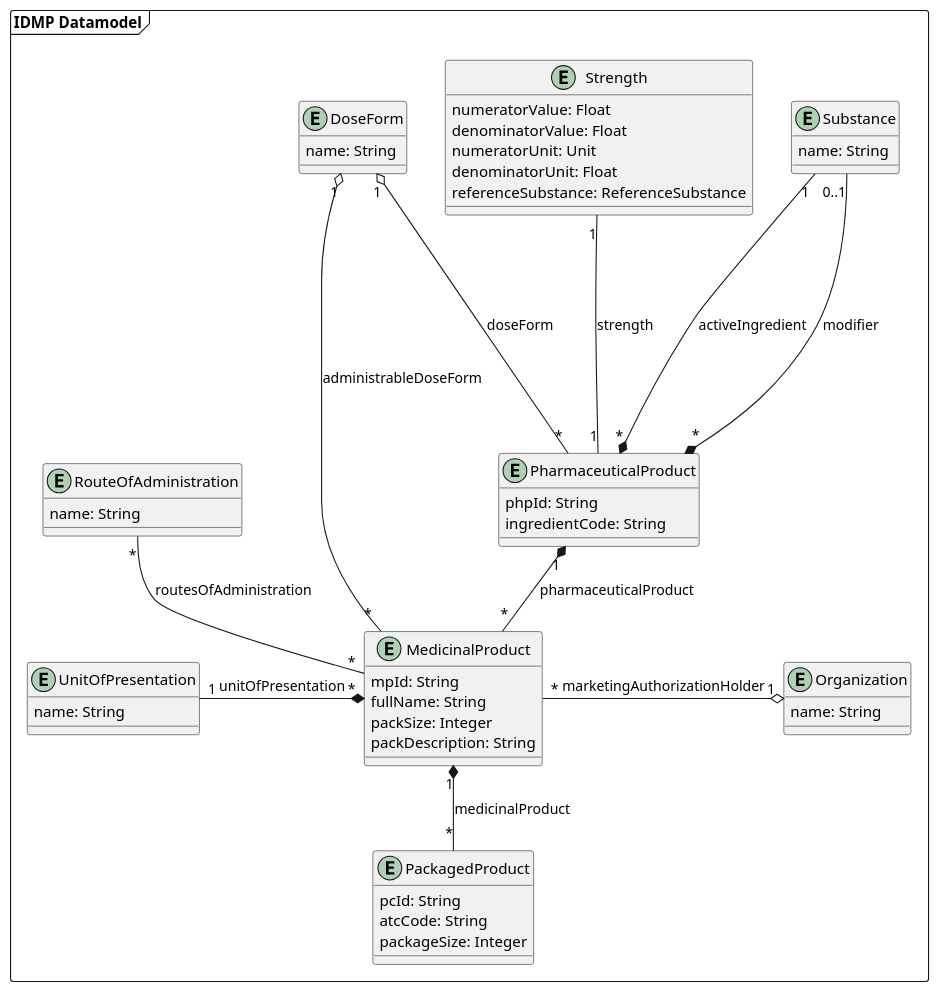
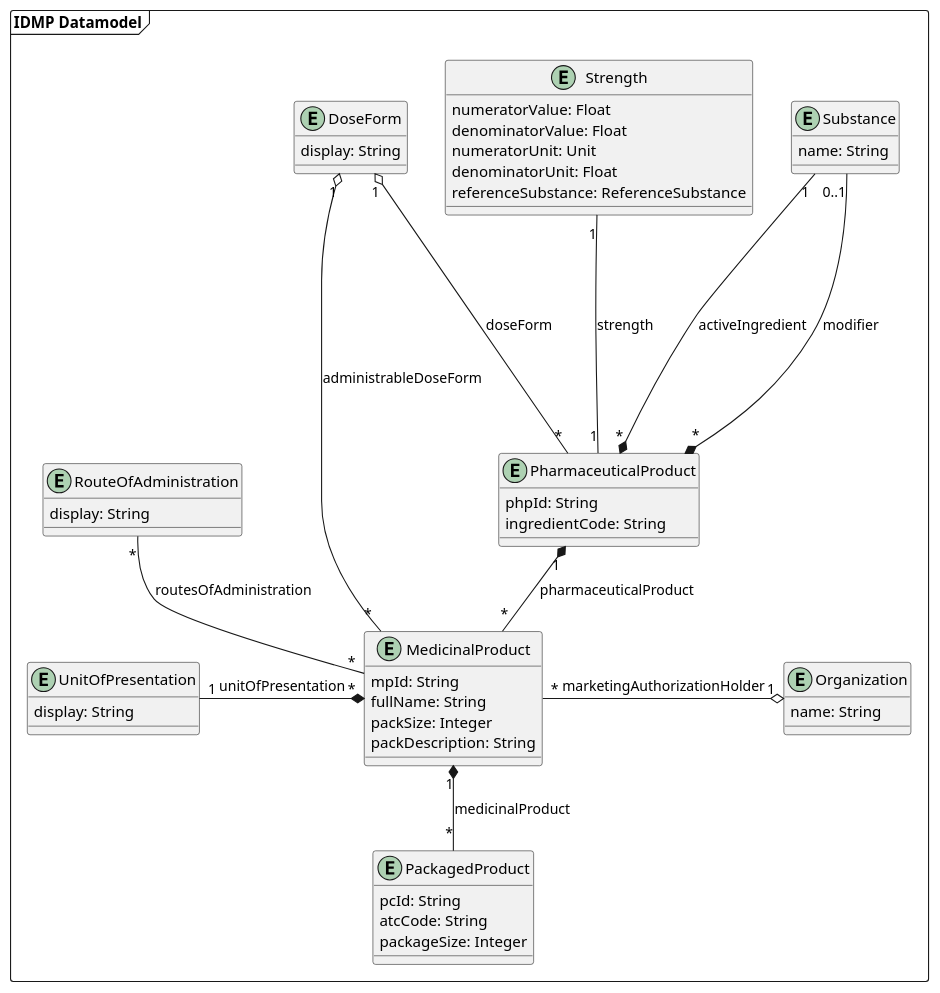
Before and after one commit to unicom-project-eu/wp6-db-api: the diagram in uml/class/datamodel.puml, drawn with PlantUML. The commit also changed 9 other files, not shown here.

Commit message:
Changed name into display

```diff
--- a/uml/class/datamodel.puml
+++ b/uml/class/datamodel.puml
@@ -1,69 +1,69 @@
 @startuml
 'https://plantuml.com/class-diagram
 
 package "IDMP Datamodel" as idmpDatamodel <<frame>> {
     entity RouteOfAdministration {
-        name: String
+        display: String
     }
 
     entity UnitOfPresentation {
-        name: String
+        display: String
     }
 
     together {
         entity DoseForm {
-            name: String
+            display: String
         }
 
         entity Strength {
             numeratorValue: Float
             denominatorValue: Float
             numeratorUnit: Unit
             denominatorUnit: Float
             referenceSubstance: ReferenceSubstance
         }
 
         entity Substance {
             name: String
         }
     }
 
     entity PharmaceuticalProduct {
         phpId: String
         ingredientCode: String
     }
 
     entity MedicinalProduct {
         mpId: String
         fullName: String
         packSize: Integer
         packDescription: String
     }
 
     entity PackagedProduct {
         pcId: String
         atcCode: String
         packageSize: Integer
     }
 
     entity Organization {
         name: String
     }
 
     Substance "1" ----* "*" PharmaceuticalProduct : activeIngredient
     Substance "0..1" ----* "*" PharmaceuticalProduct : modifier
     DoseForm "1" o-- "*" PharmaceuticalProduct : doseForm
     Strength "1" -- "1" PharmaceuticalProduct : strength
 
     PharmaceuticalProduct "1" *-- "*" MedicinalProduct : pharmaceuticalProduct
 
     MedicinalProduct "1" *-- "*" PackagedProduct : medicinalProduct
     MedicinalProduct "*" --o "1" DoseForm : administrableDoseForm
     RouteOfAdministration "*" - "*" MedicinalProduct : routesOfAdministration
     UnitOfPresentation "1" -* "*" MedicinalProduct : unitOfPresentation
 
     MedicinalProduct "*" -o "1" Organization : marketingAuthorizationHolder
 
     RouteOfAdministration -[hidden]-> UnitOfPresentation
 }
 @enduml
```
